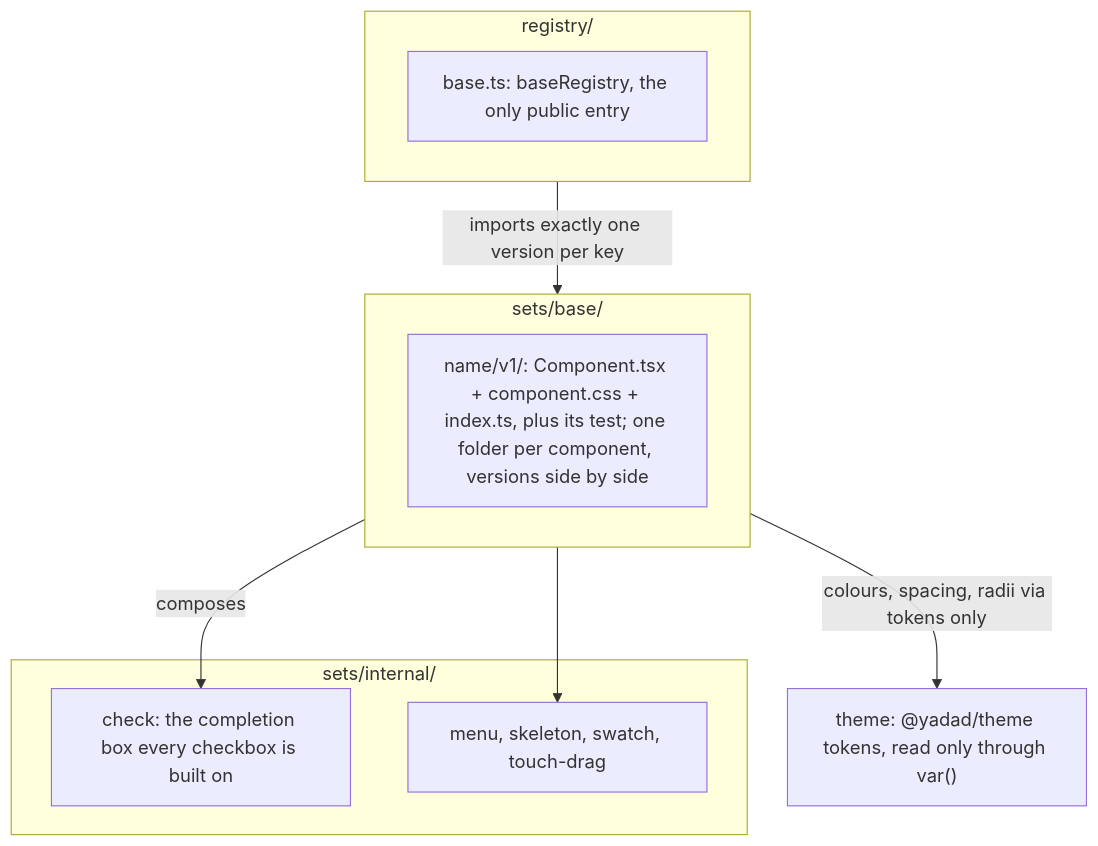
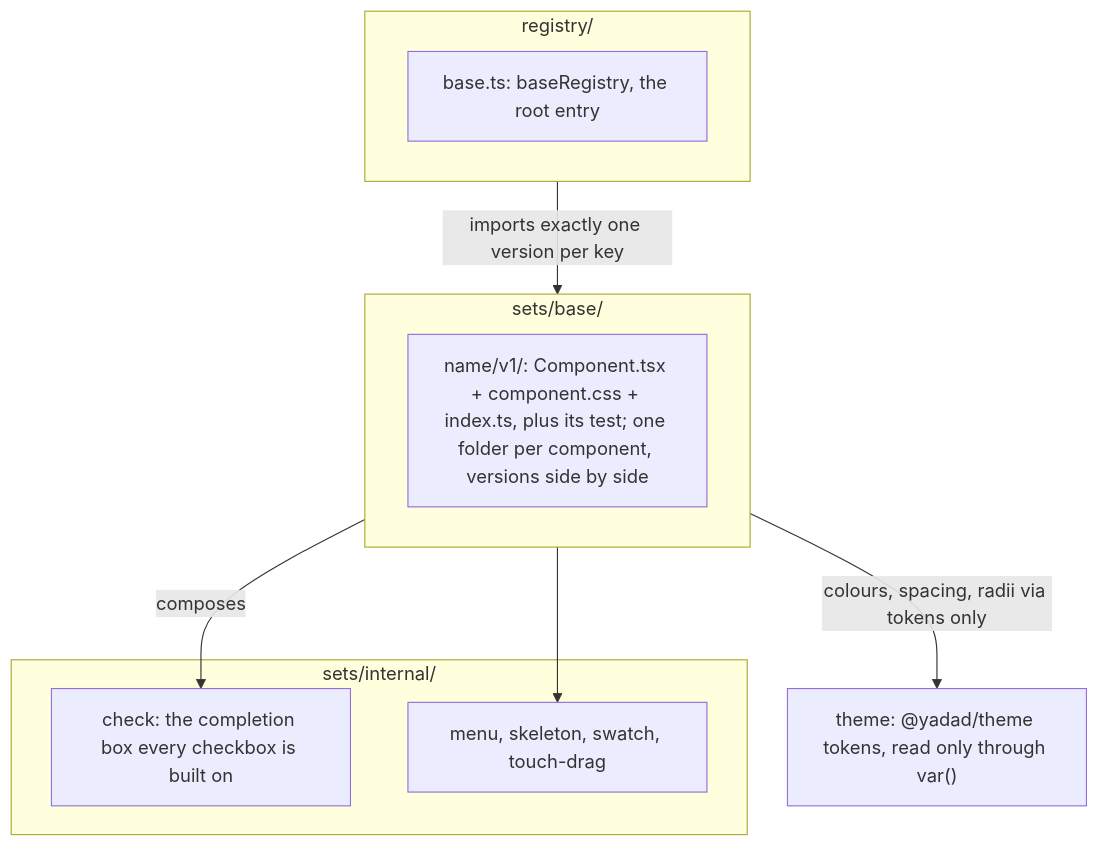
Before and after one commit to aggressive-stag/yadad-components: the third of 6 diagrams in ARCHITECTURE.md, drawn with Mermaid. The commit also changed other lines of this file and 4 other files, not shown here.

````diff
--- a/ARCHITECTURE.md
+++ b/ARCHITECTURE.md
@@ -80,18 +80,18 @@
 ```mermaid
 flowchart TB
   subgraph Reg["registry/"]
-    BR["base.ts: baseRegistry, the only public entry"]
+    BR["base.ts: baseRegistry, the root entry"]
   end
   subgraph Base["sets/base/"]
     BV1["name/v1/: Component.tsx + component.css + index.ts, plus its test; one folder per component, versions side by side"]
   end
   subgraph Int["sets/internal/"]
     IC["check: the completion box every checkbox is built on"]
     IM["menu, skeleton, swatch, touch-drag"]
   end
   TH["theme: @yadad/theme tokens, read only through var()"]
   Reg -->|"imports exactly one version per key"| Base
   Base -->|"composes"| IC
   Base --> IM
   Base -->|"colours, spacing, radii via tokens only"| TH
 ```
````
